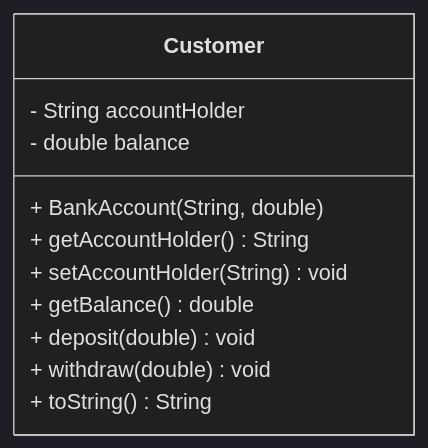
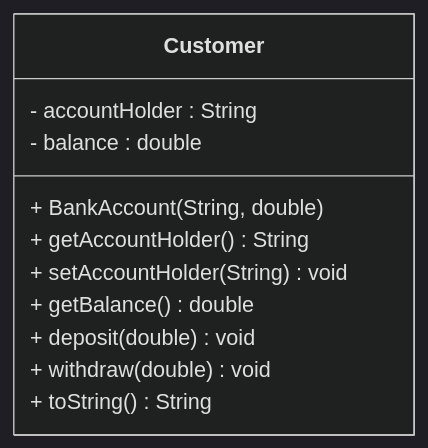
Before and after one commit to jayani-athukorala/java-oop-exercise: the first of 5 diagrams in README.md, drawn with Mermaid (dark theme). The commit also changed other lines of this file, not shown here.

Commit message:
uml diagram

````diff
--- a/README.md
+++ b/README.md
@@ -25,14 +25,14 @@
 ```mermaid
 classDiagram
     class Customer {
-        - String accountHolder
-        - double balance  
+        - accountHolder : String
+        - balance : double
         + BankAccount(String, double)
         + getAccountHolder() String
         + setAccountHolder(String) void
         + getBalance() double
         + deposit(double) void
         + withdraw(double) void 
         + toString() String 
     }
 ```
````
